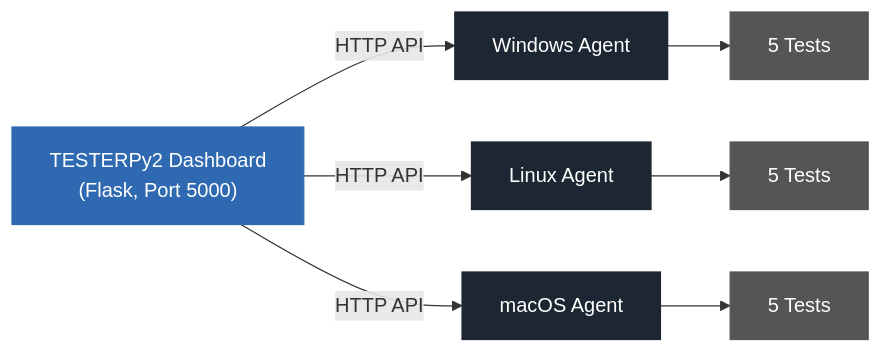
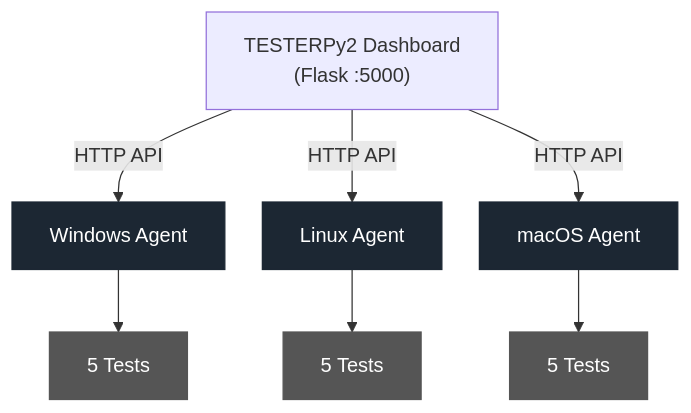
The diagram in README.md (BreachSimRange/TesterPy2), drawn with Mermaid before and after one commit.

````diff
--- a/README.md
+++ b/README.md
@@ -37,29 +37,31 @@
 ```mermaid
-graph LR
+%%{init: {"flowchart": {"nodeSpacing": 30, "rankSpacing": 50}}}%%
 
-    Dashboard["TESTERPy2 Dashboard<br/>(Flask, Port 5000)"]
+graph TD
+
+    Dashboard["TESTERPy2 Dashboard<br/>(Flask :5000)"]
 
     Win["Windows Agent"]
     Linux["Linux Agent"]
     Mac["macOS Agent"]
 
-    WinTests["5 Tests"]
-    LinuxTests["5 Tests"]
-    MacTests["5 Tests"]
+    WTests["5 Tests"]
+    LTests["5 Tests"]
+    MTests["5 Tests"]
 
-    Dashboard -- "HTTP API" --> Win
-    Dashboard -- "HTTP API" --> Linux
-    Dashboard -- "HTTP API" --> Mac
+    Dashboard -->|HTTP API| Win
+    Dashboard -->|HTTP API| Linux
+    Dashboard -->|HTTP API| Mac
 
-    Win  --> WinTests
-    Linux  --> LinuxTests
-    Mac  --> MacTests
+    Win --> WTests
+    Linux --> LTests
+    Mac --> MTests
 
     classDef center fill:#2f69b1,color:white,stroke:#2f69b1;
-    classDef agent fill:#1c2733,color:white,stroke:#1c2733;
-    classDef tests fill:#555,color:white,stroke:#555;
+    classDef agent fill:#1c2733,color:white,stroke:#1c2733;
+    classDef tests fill:#555,color:white,stroke:#555;
 
-    class Dashboard center;
+    class Dashboard dashboard;
     class Win,Linux,Mac agent;
-    class WinTests,LinuxTests,MacTests tests;
+    class WTests,LTests,MTests tests;
 ```
````
